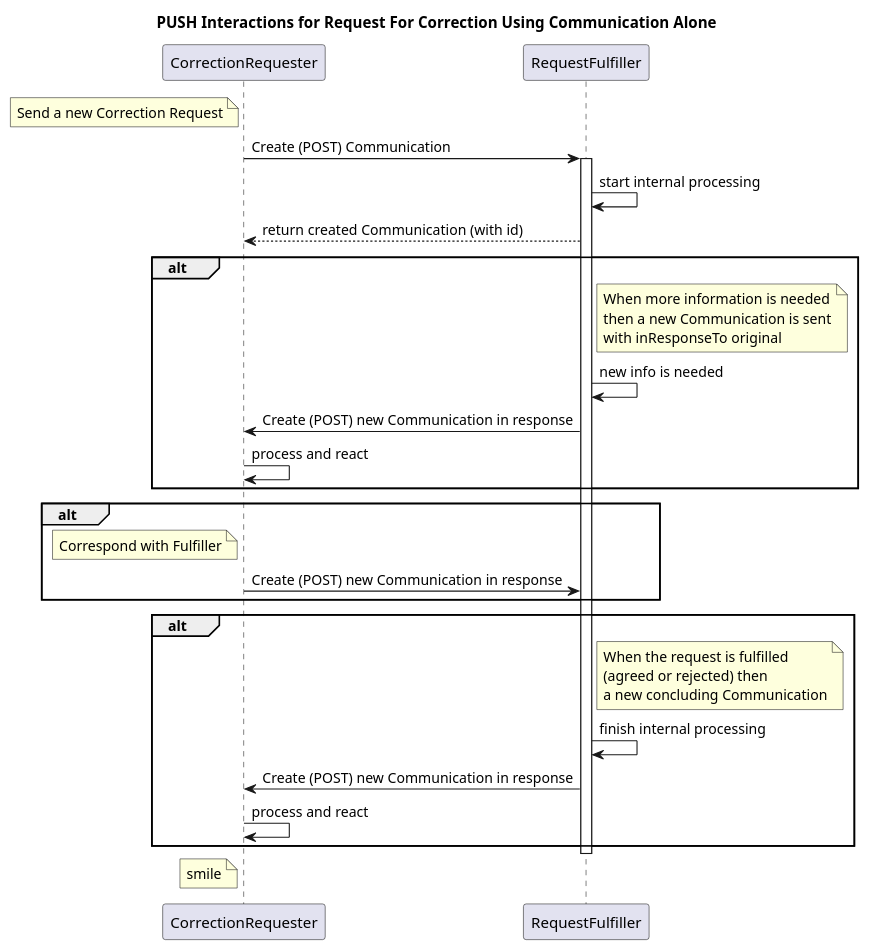
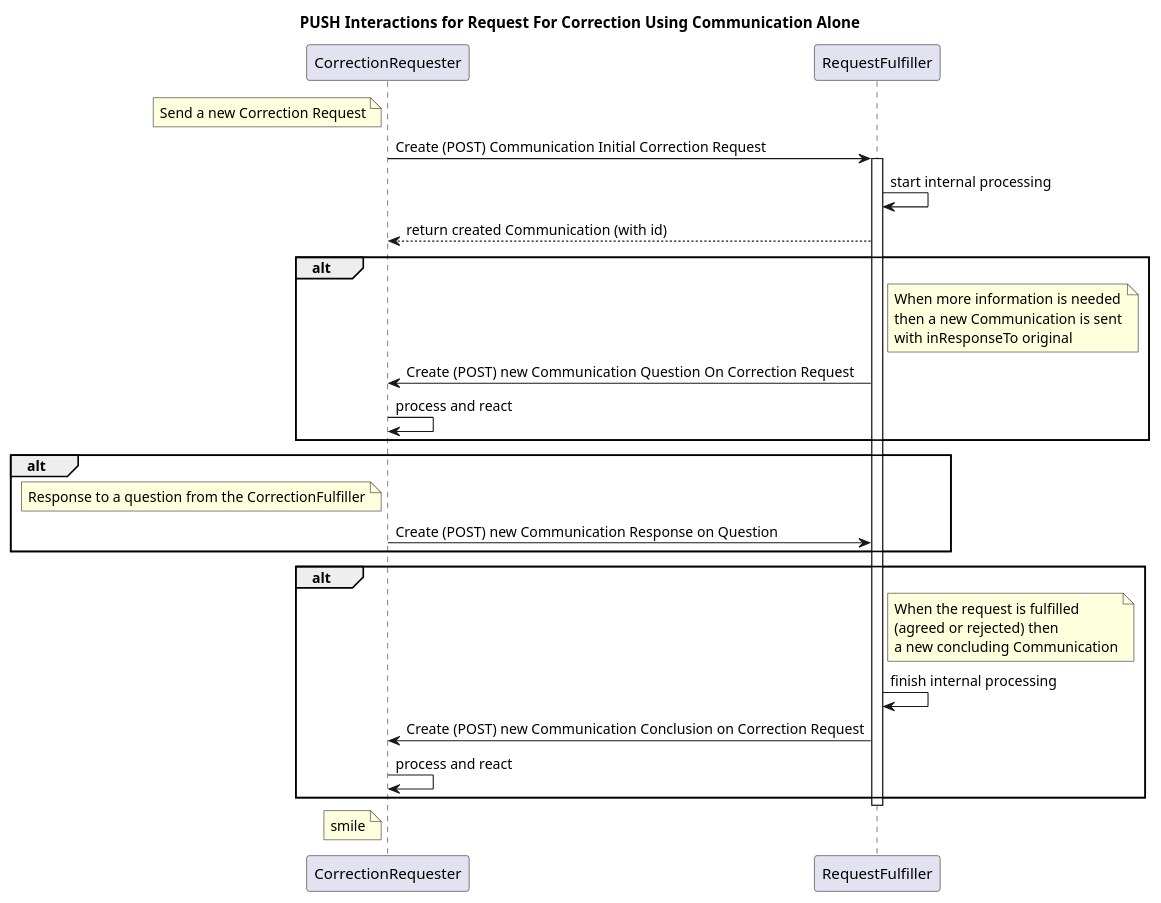
One commit to HL7/fhir-patient-correction changed the diagram in input/images-source/comm-push-request.plantuml. Above: the diagram before and after it, drawn with PlantUML. The commit also changed 24 other files, not shown here.

Commit message:
cleanup sequence diagrams, remove old ones, and add details in Communication flow

```diff
--- a/input/images-source/comm-push-request.plantuml
+++ b/input/images-source/comm-push-request.plantuml
@@ -1,45 +1,44 @@
 @startuml
 title PUSH Interactions for Request For Correction Using Communication Alone
 
 note left of CorrectionRequester
 Send a new Correction Request
 end note
-CorrectionRequester->RequestFulfiller: Create (POST) Communication
+CorrectionRequester->RequestFulfiller: Create (POST) Communication Initial Correction Request
 activate RequestFulfiller
 RequestFulfiller->RequestFulfiller: start internal processing
 RequestFulfiller-->CorrectionRequester: return created Communication (with id)
 
 alt
 note right of RequestFulfiller
 When more information is needed
 then a new Communication is sent
 with inResponseTo original
 end note
-RequestFulfiller->RequestFulfiller: new info is needed
-CorrectionRequester<-RequestFulfiller: Create (POST) new Communication in response
+CorrectionRequester<-RequestFulfiller: Create (POST) new Communication Question On Correction Request
 CorrectionRequester -> CorrectionRequester: process and react
 end
 
 alt
 note left of CorrectionRequester
-Correspond with Fulfiller
+Response to a question from the CorrectionFulfiller
 end note
-CorrectionRequester->RequestFulfiller: Create (POST) new Communication in response
+CorrectionRequester->RequestFulfiller: Create (POST) new Communication Response on Question
 end
 
 
 
 alt
 note right of RequestFulfiller
 When the request is fulfilled
 (agreed or rejected) then 
 a new concluding Communication
 end note
 RequestFulfiller->RequestFulfiller: finish internal processing
-CorrectionRequester<-RequestFulfiller: Create (POST) new Communication in response
+CorrectionRequester<-RequestFulfiller: Create (POST) new Communication Conclusion on Correction Request
 CorrectionRequester -> CorrectionRequester: process and react
 end
 
 Deactivate RequestFulfiller
 note left of CorrectionRequester: smile
 @enduml
```
